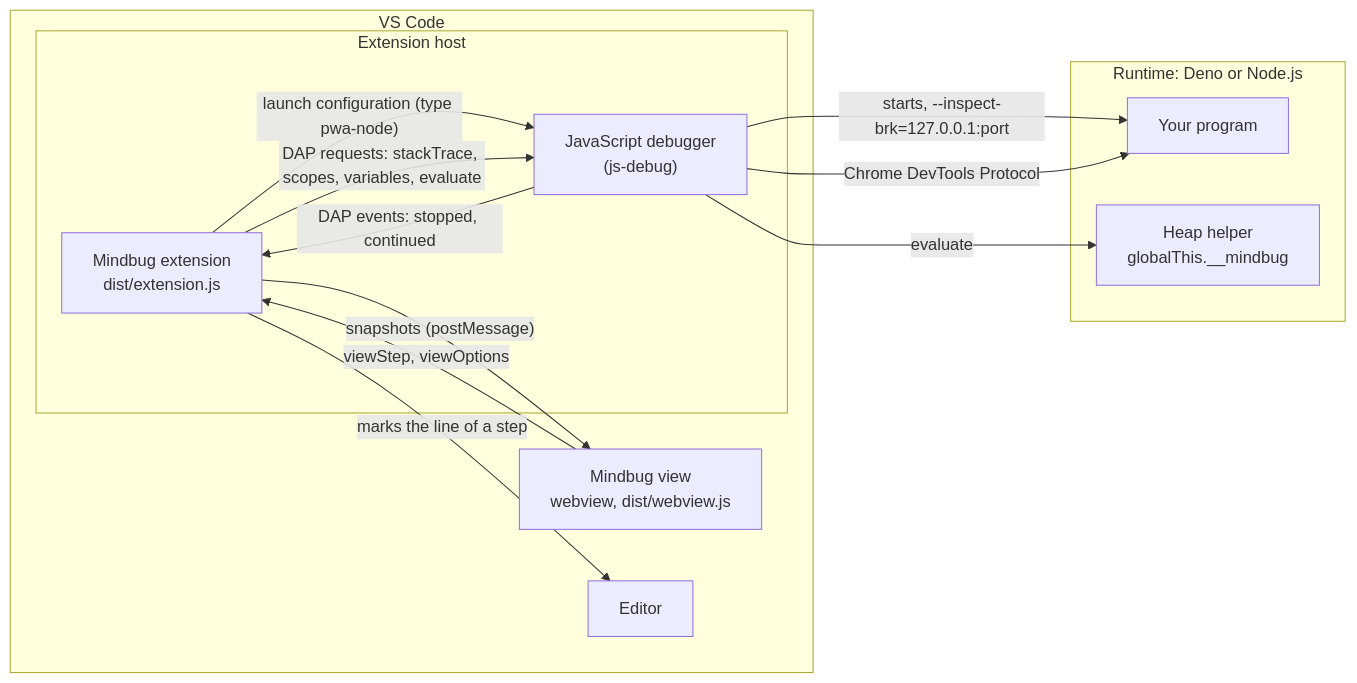
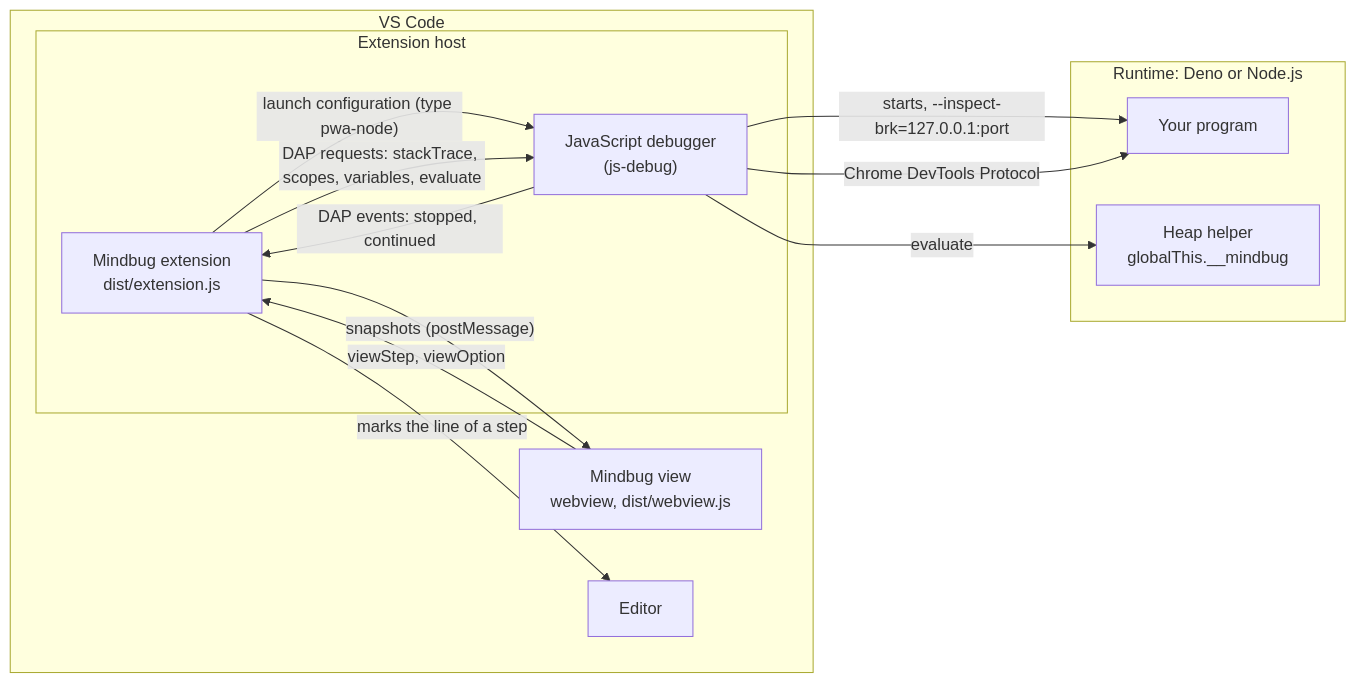
One commit to nimblescape/nimblescape-mindbug changed the diagram in docs/architecture.md. Above: the diagram before and after it, drawn with Mermaid. The commit also changed other lines of this file and 12 other files, not shown here.

````diff
--- a/docs/architecture.md
+++ b/docs/architecture.md
@@ -9,24 +9,24 @@
 ```mermaid
 flowchart LR
   subgraph VSC["VS Code"]
     subgraph HOST["Extension host"]
       EXT["Mindbug extension<br/>dist/extension.js"]
       JSD["JavaScript debugger<br/>(js-debug)"]
     end
     VIEW["Mindbug view<br/>webview, dist/webview.js"]
     ED["Editor"]
   end
   subgraph RT["Runtime: Deno or Node.js"]
     PRG["Your program"]
     HW["Heap helper<br/>globalThis.__mindbug"]
   end
   EXT -- "launch configuration (type pwa-node)" --> JSD
   JSD -- "starts, --inspect-brk=127.0.0.1:port" --> PRG
   JSD -- "Chrome DevTools Protocol" --> PRG
   JSD -- "DAP events: stopped, continued" --> EXT
   EXT -- "DAP requests: stackTrace, scopes, variables, evaluate" --> JSD
   JSD -- "evaluate" --> HW
   EXT -- "snapshots (postMessage)" --> VIEW
-  VIEW -- "viewStep, viewOptions" --> EXT
+  VIEW -- "viewStep, viewOption" --> EXT
   EXT -- "marks the line of a step" --> ED
 ```
````
